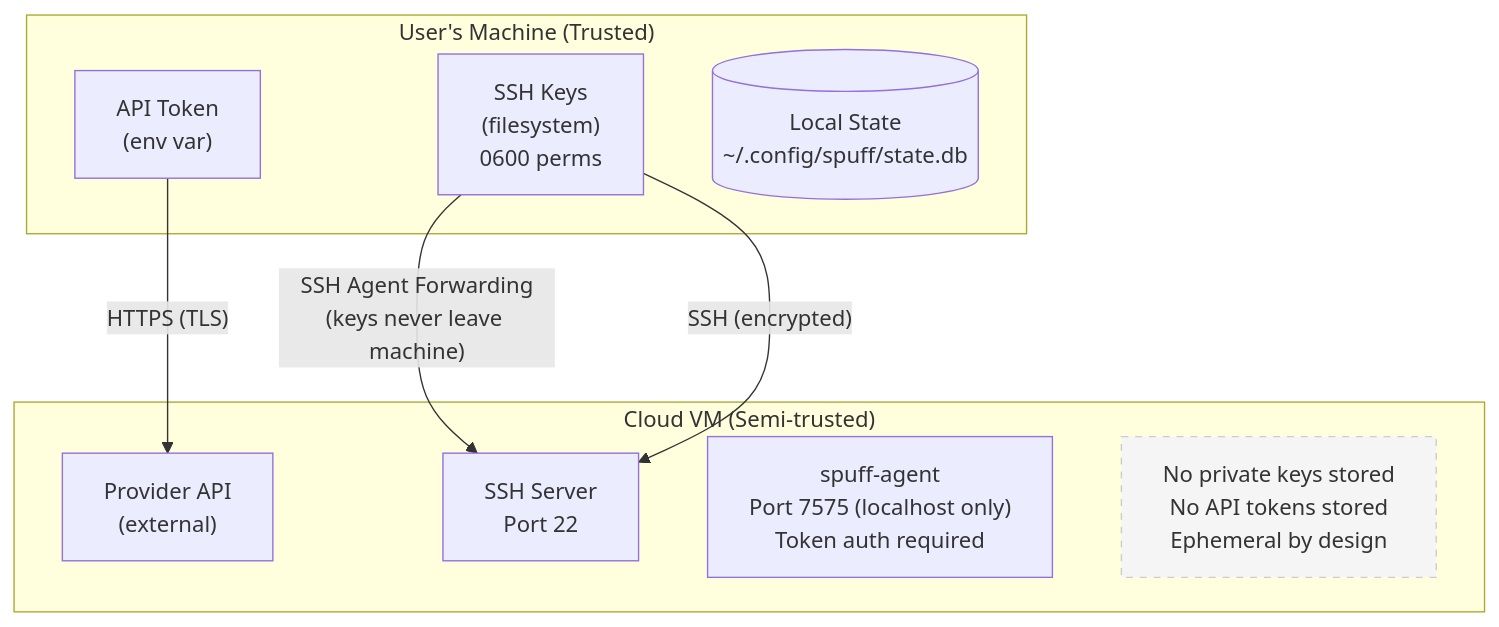
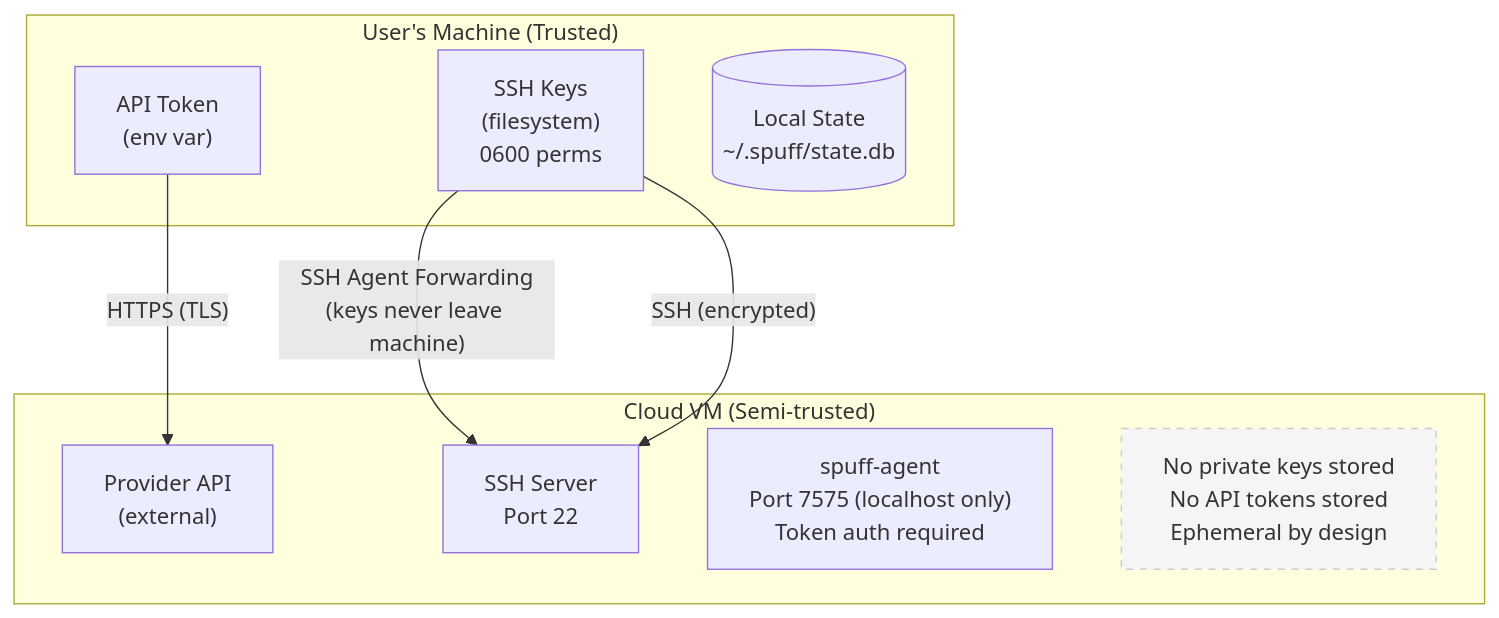
Before and after one commit to avelino/spuff: the diagram in docs/security.md, drawn with Mermaid. The commit also changed other lines of this file and 17 other files, not shown here.

First line of the commit message:
config: move config directory from ~/.config/spuff to ~/.spuff

````diff
--- a/docs/security.md
+++ b/docs/security.md
@@ -21,22 +21,22 @@
 ```mermaid
 flowchart TB
     subgraph trusted["User's Machine (Trusted)"]
         token["API Token<br/>(env var)"]
         sshkeys["SSH Keys<br/>(filesystem)<br/>0600 perms"]
-        state[("Local State<br/>~/.config/spuff/state.db")]
+        state[("Local State<br/>~/.spuff/state.db")]
     end
 
     subgraph semitrust["Cloud VM (Semi-trusted)"]
         providerapi["Provider API<br/>(external)"]
         sshserver["SSH Server<br/>Port 22"]
         agent["spuff-agent<br/>Port 7575 (localhost only)<br/>Token auth required"]
 
         note["No private keys stored<br/>No API tokens stored<br/>Ephemeral by design"]
     end
 
     token -->|"HTTPS (TLS)"| providerapi
     sshkeys -->|"SSH Agent Forwarding<br/>(keys never leave machine)"| sshserver
     sshkeys -->|"SSH (encrypted)"| sshserver
 
     style note fill:#f5f5f5,stroke:#ccc,stroke-dasharray: 5 5
 ```
````
